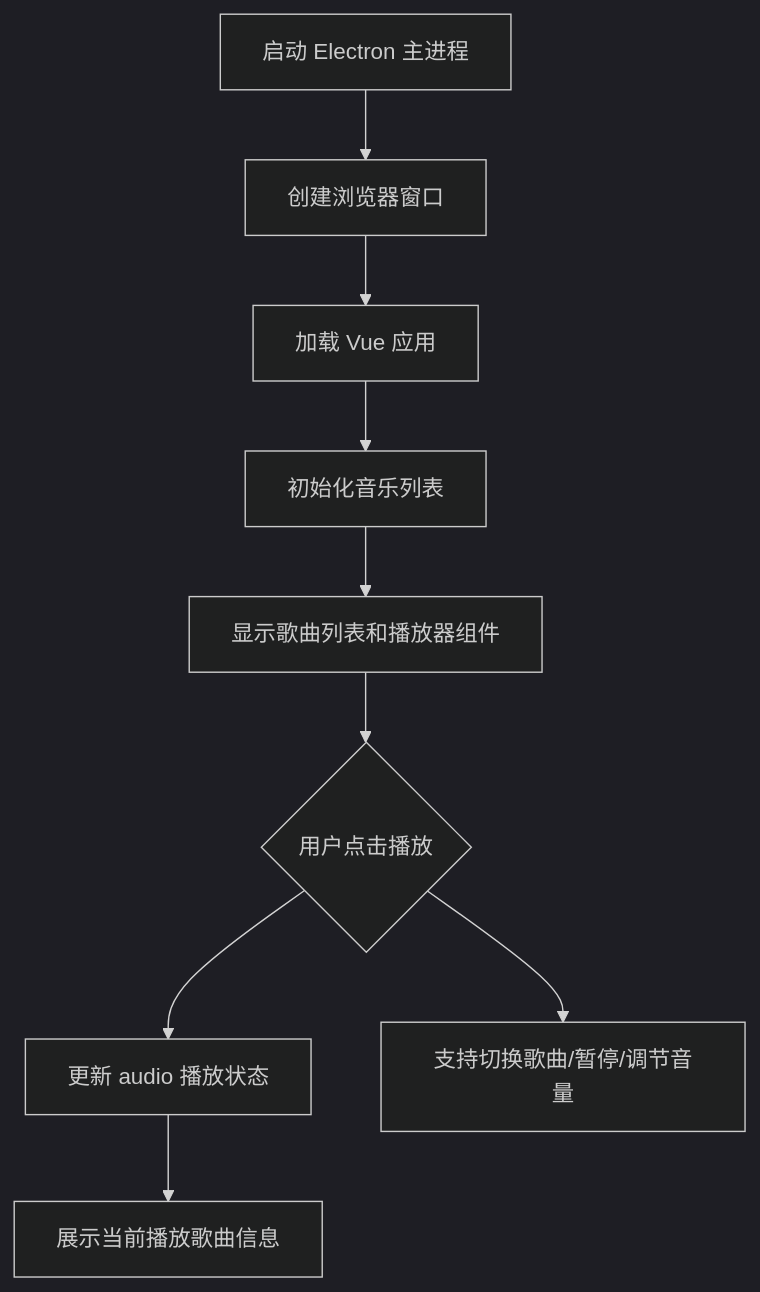
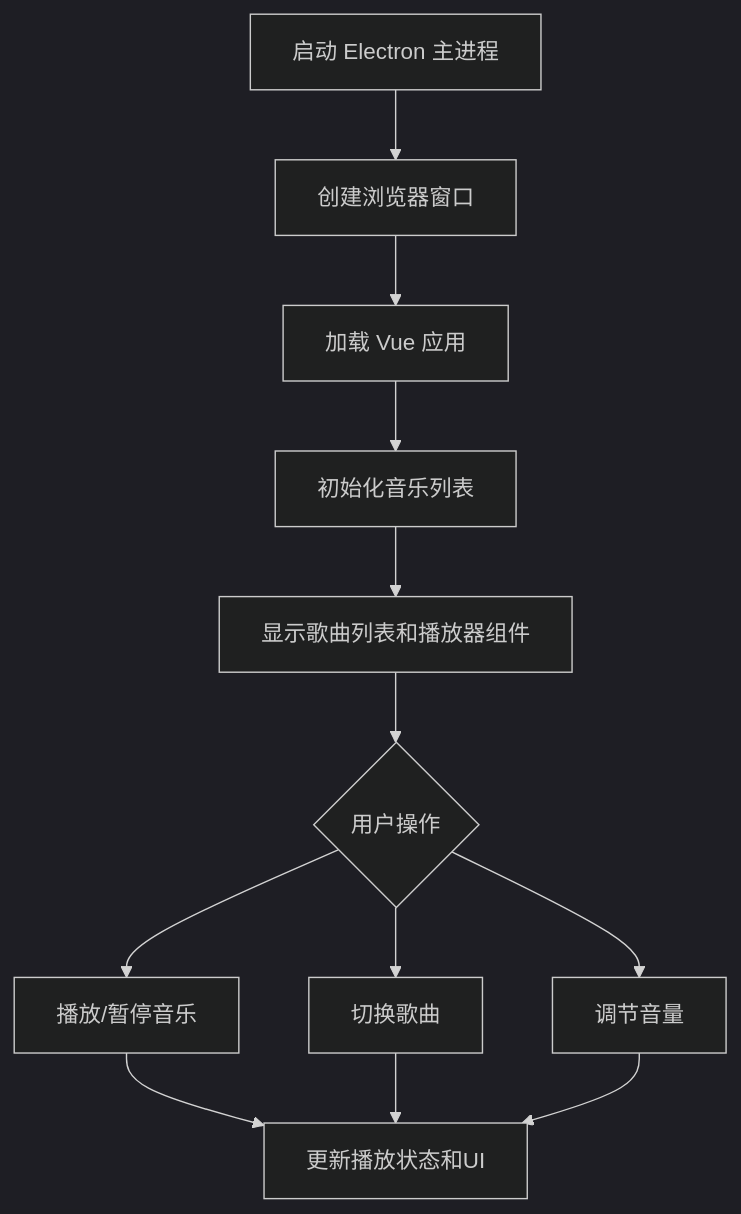
The diagram in readme.md (dirstart/blackMyth), drawn with Mermaid (dark theme) before and after one commit. The commit also changed other lines of this file and 11 other files, not shown here.

````diff
--- a/readme.md
+++ b/readme.md
@@ -46,12 +64,14 @@
 ```mermaid
 graph TD
     A[启动 Electron 主进程] --> B[创建浏览器窗口]
     B --> C[加载 Vue 应用]
     C --> D[初始化音乐列表]
     D --> E[显示歌曲列表和播放器组件]
-    E --> F{用户点击播放}
-    F --> G[更新 audio 播放状态]
-    G --> H[展示当前播放歌曲信息]
-    F --> I[支持切换歌曲/暂停/调节音量]
-
+    E --> F{用户操作}
+    F --> G[播放/暂停音乐]
+    F --> H[切换歌曲]
+    F --> I[调节音量]
+    G --> J[更新播放状态和UI]
+    H --> J
+    I --> J
 ```
````
